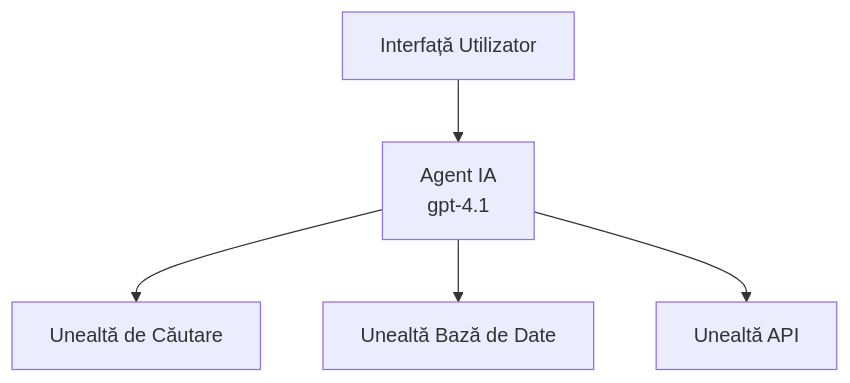
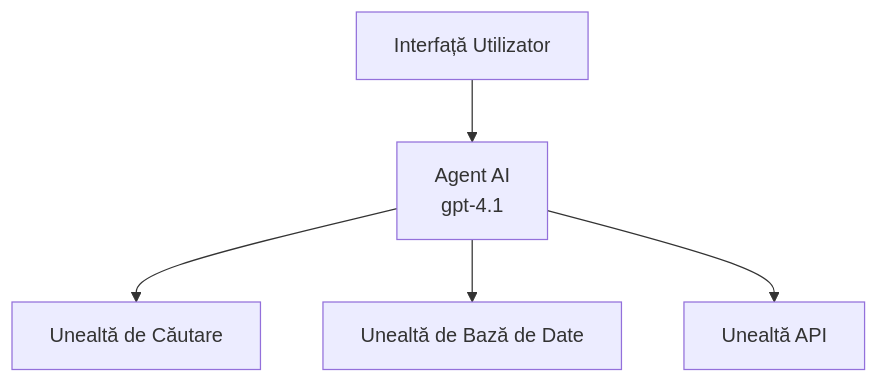
One commit to microsoft/AZD-for-beginners changed the first of 3 diagrams in translations/ro/docs/chapter-02-ai-development/agents.md. Above: the diagram before and after it, drawn with Mermaid. The commit also changed other lines of this file and 104 other files, not shown here.

````diff
--- a/translations/ro/docs/chapter-02-ai-development/agents.md
+++ b/translations/ro/docs/chapter-02-ai-development/agents.md
@@ -157,7 +162,7 @@
 ```mermaid
 graph TD
-    UI[Interfață Utilizator] --> Agent[Agent IA<br/>gpt-4.1]
+    UI[Interfață Utilizator] --> Agent[Agent AI<br/>gpt-4.1]
     Agent --> Search[Unealtă de Căutare]
-    Agent --> Database[Unealtă Bază de Date]
+    Agent --> Database[Unealtă de Bază de Date]
     Agent --> API[Unealtă API]
 ```
````
